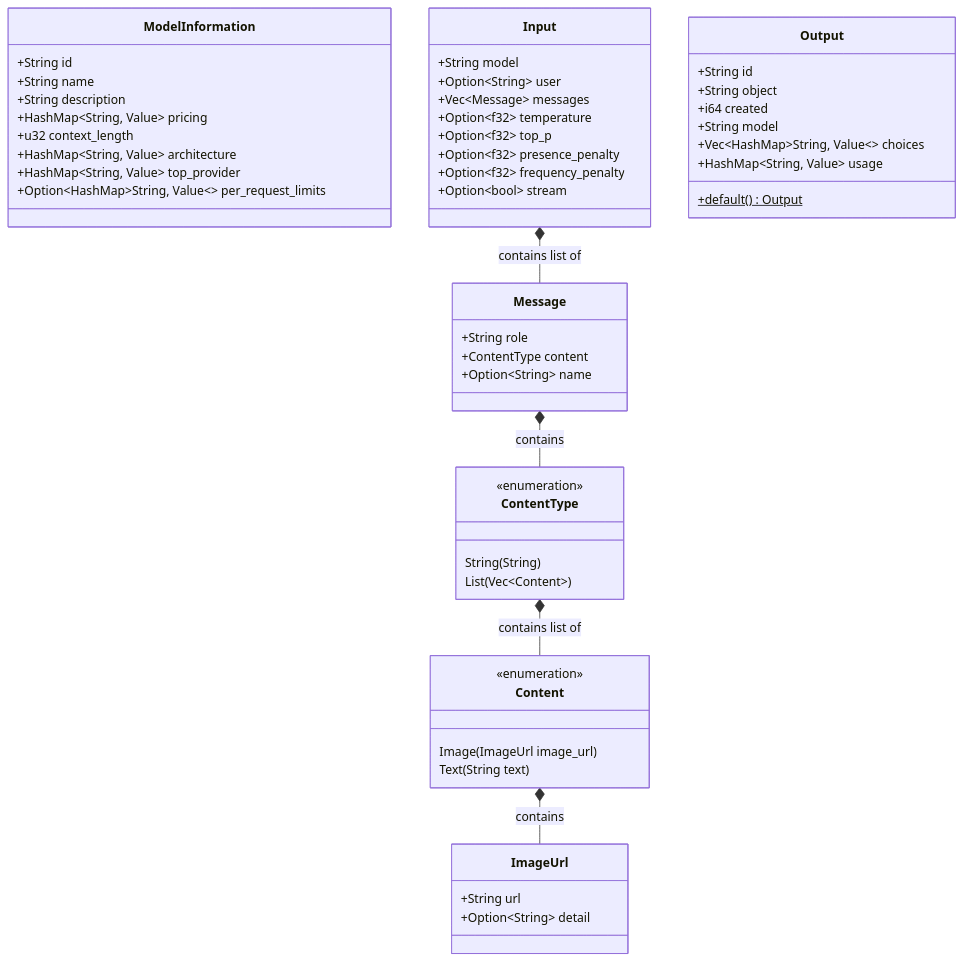
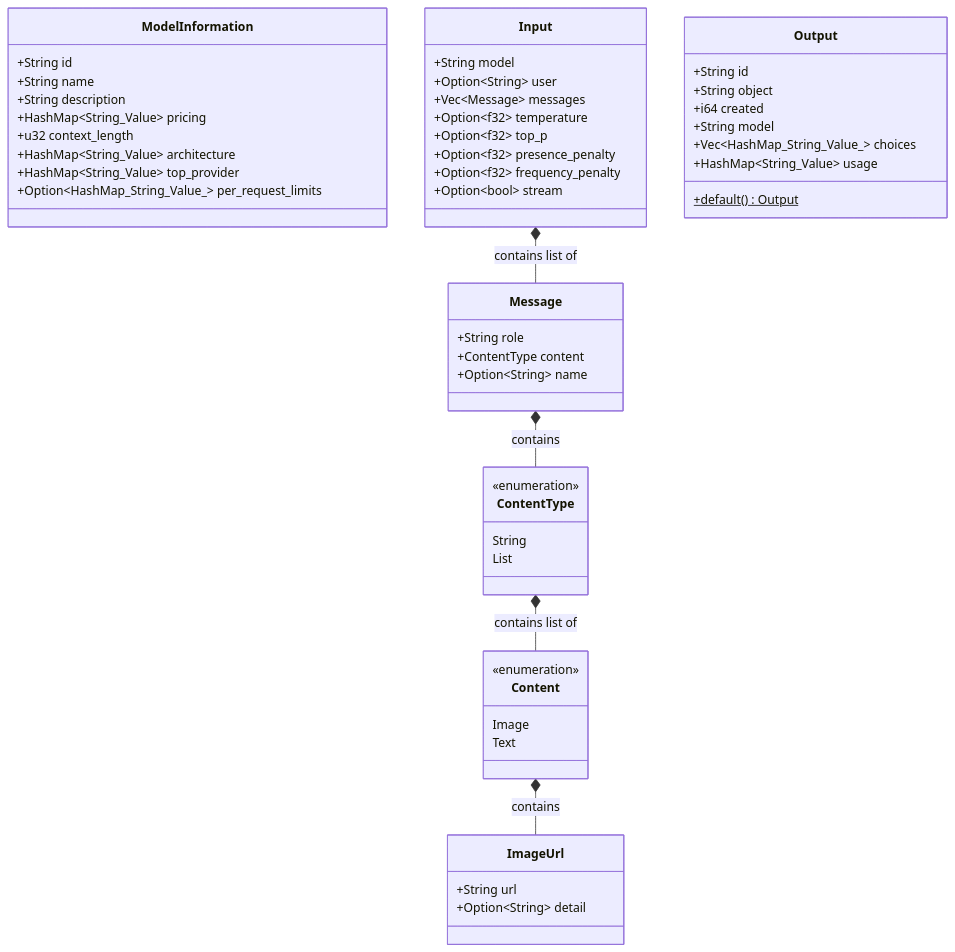
One commit to lgcorzo/fastapi-autogen-team changed the first of 2 diagrams in .knowledge/src-application-dtos.md. Above: the diagram before and after it, drawn with Mermaid. The commit also changed other lines of this file and 6 other files, not shown here.

Commit message:
docs: fix mermaid render syntax errors in knowledge base and add node_modules to gitignore

````diff
--- a/.knowledge/src-application-dtos.md
+++ b/.knowledge/src-application-dtos.md
@@ -18,61 +18,61 @@
 ```mermaid
 classDiagram
     class ImageUrl {
         +String url
         +Option~String~ detail
     }
 
     class Content {
         <<enumeration>>
-        Image(ImageUrl image_url)
-        Text(String text)
+        Image
+        Text
     }
     Content *-- ImageUrl : contains
 
     class ModelInformation {
         +String id
         +String name
         +String description
-        +HashMap~String, Value~ pricing
+        +HashMap~String_Value~ pricing
         +u32 context_length
-        +HashMap~String, Value~ architecture
-        +HashMap~String, Value~ top_provider
-        +Option~HashMap~String, Value~~ per_request_limits
+        +HashMap~String_Value~ architecture
+        +HashMap~String_Value~ top_provider
+        +Option~HashMap_String_Value_~ per_request_limits
     }
 
     class Message {
         +String role
         +ContentType content
         +Option~String~ name
     }
     Message *-- ContentType : contains
 
     class ContentType {
         <<enumeration>>
-        String(String)
-        List(Vec~Content~)
+        String
+        List
     }
     ContentType *-- Content : contains list of
 
     class Input {
         +String model
         +Option~String~ user
         +Vec~Message~ messages
         +Option~f32~ temperature
         +Option~f32~ top_p
         +Option~f32~ presence_penalty
         +Option~f32~ frequency_penalty
         +Option~bool~ stream
     }
     Input *-- Message : contains list of
 
     class Output {
         +String id
         +String object
         +i64 created
         +String model
-        +Vec~HashMap~String, Value~~ choices
-        +HashMap~String, Value~ usage
+        +Vec~HashMap_String_Value_~ choices
+        +HashMap~String_Value~ usage
         +default() Output$
     }
 ```
````
